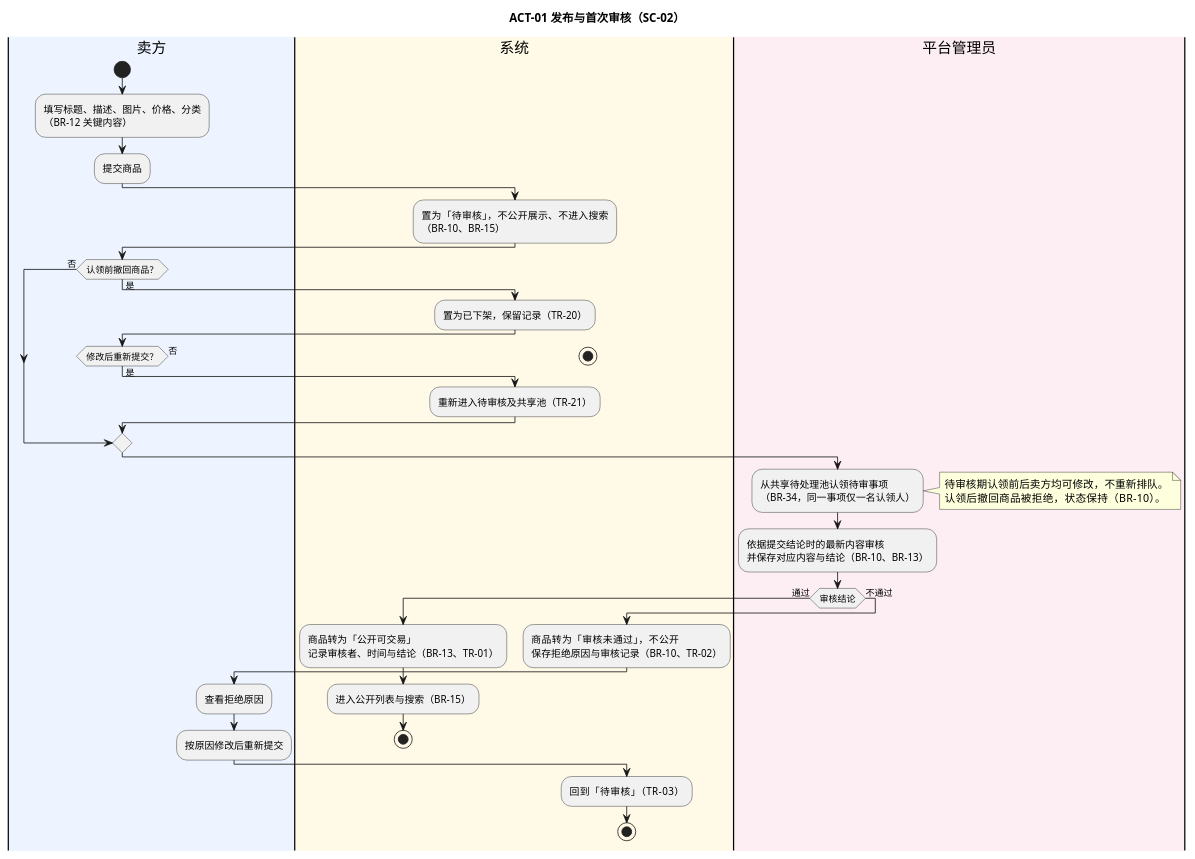
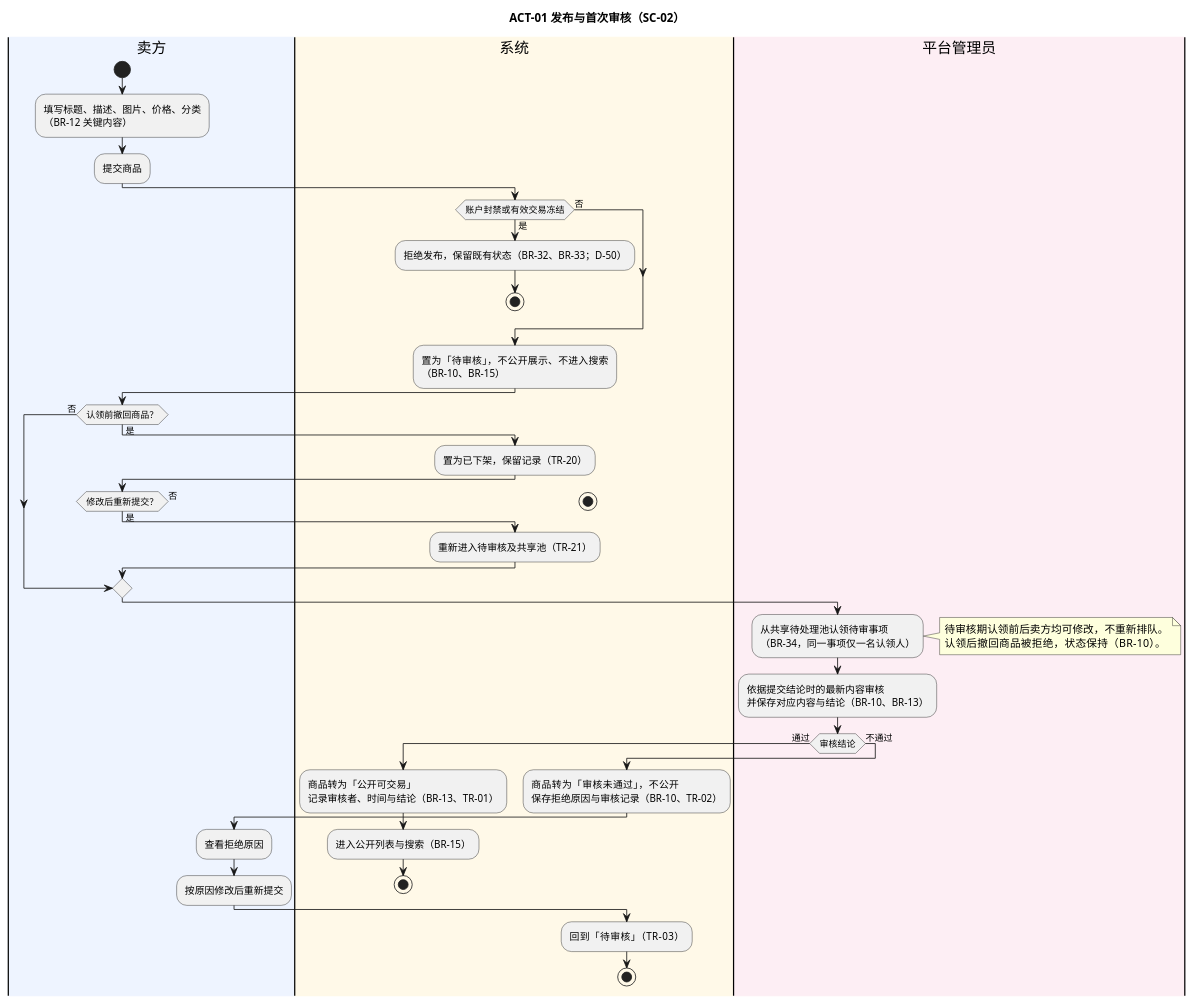
The diagram in docs/appendices/models/ACT-01-发布与首次审核.puml (iy88/se-course-project-1), drawn with PlantUML before and after one commit. The commit also changed other lines of this file and 94 other files, not shown here.

```diff
--- a/docs/appendices/models/ACT-01-发布与首次审核.puml
+++ b/docs/appendices/models/ACT-01-发布与首次审核.puml
@@ -12,53 +12,58 @@
 @startuml ACT-01
 
 skinparam defaultFontName "PingFang SC"
 
 title ACT-01 发布与首次审核（SC-02）
 
 |#EEF4FF|卖方|
 start
 :填写标题、描述、图片、价格、分类\n（BR-12 关键内容）;
 :提交商品;
 
 |#FFF9E8|系统|
+if (账户封禁或有效交易冻结) then (是)
+  :拒绝发布，保留既有状态（BR-32、BR-33；D-50）;
+  stop
+else (否)
+endif
 :置为「待审核」，不公开展示、不进入搜索\n（BR-10、BR-15）;
 
 |#EEF4FF|卖方|
 if (认领前撤回商品？) then (是)
   |#FFF9E8|系统|
   :置为已下架，保留记录（TR-20）;
   |#EEF4FF|卖方|
   if (修改后重新提交？) then (是)
     |#FFF9E8|系统|
     :重新进入待审核及共享池（TR-21）;
   else (否)
     stop
   endif
 else (否)
 endif
 
 |#FDEEF4|平台管理员|
 :从共享待处理池认领待审事项\n（BR-34，同一事项仅一名认领人）;
 note right
 待审核期认领前后卖方均可修改，不重新排队。
 认领后撤回商品被拒绝，状态保持（BR-10）。
 end note
 :依据提交结论时的最新内容审核\n并保存对应内容与结论（BR-10、BR-13）;
 
 if (审核结论) then (通过)
   |#FFF9E8|系统|
   :商品转为「公开可交易」\n记录审核者、时间与结论（BR-13、TR-01）;
   :进入公开列表与搜索（BR-15）;
   stop
 else (不通过)
   |#FFF9E8|系统|
   :商品转为「审核未通过」，不公开\n保存拒绝原因与审核记录（BR-10、TR-02）;
   |#EEF4FF|卖方|
   :查看拒绝原因;
   :按原因修改后重新提交;
   |#FFF9E8|系统|
   :回到「待审核」（TR-03）;
   stop
 endif
 
 @enduml
```
